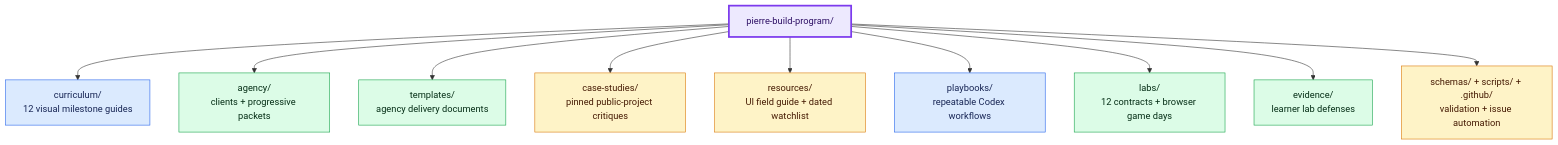
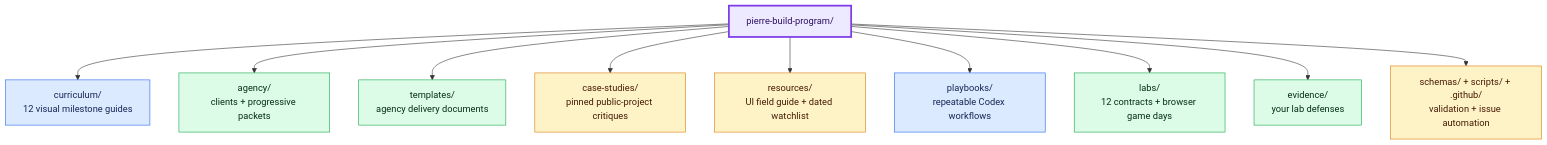
Diagram 16 of 16 in README.md (saliftankoano/pierre-build-program), drawn with Mermaid before and after one commit. The commit also changed other lines of this file and 110 other files, not shown here.

````diff
--- a/README.md
+++ b/README.md
@@ -515,22 +521,22 @@
 ```mermaid
 flowchart TD
     ROOT["pierre-build-program/"]
     ROOT --> CURR["curriculum/<br/>12 visual milestone guides"]
     ROOT --> AGENCY["agency/<br/>clients + progressive packets"]
     ROOT --> TEMPLATES["templates/<br/>agency delivery documents"]
     ROOT --> CASES["case-studies/<br/>pinned public-project critiques"]
     ROOT --> RES["resources/<br/>UI field guide + dated watchlist"]
     ROOT --> PLAY["playbooks/<br/>repeatable Codex workflows"]
     ROOT --> LABS["labs/<br/>12 contracts + browser game days"]
-    ROOT --> EVIDENCE["evidence/<br/>learner lab defenses"]
+    ROOT --> EVIDENCE["evidence/<br/>your lab defenses"]
     ROOT --> AUTO["schemas/ + scripts/ + .github/<br/>validation + issue automation"]
 
     classDef root fill:#ede9fe,stroke:#7c3aed,color:#2e1065,stroke-width:3px;
     classDef learn fill:#dbeafe,stroke:#2563eb,color:#172554;
     classDef work fill:#dcfce7,stroke:#16a34a,color:#052e16;
     classDef support fill:#fef3c7,stroke:#d97706,color:#451a03;
     class ROOT root;
     class CURR,PLAY learn;
     class AGENCY,TEMPLATES,LABS,EVIDENCE work;
     class CASES,RES,AUTO support;
 ```
````
